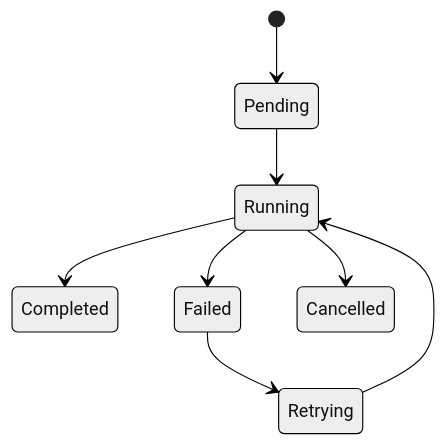
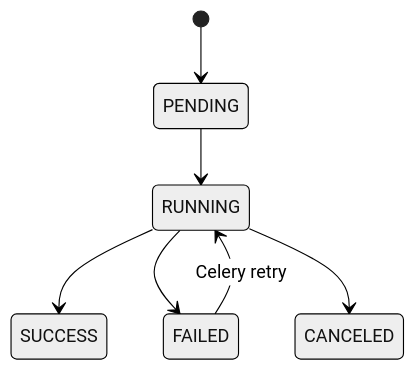
Diagram 28 of 30 in docs/architecture/Data-Model.md (InvictusRex/Ludexis), drawn with Mermaid (neutral theme) before and after one commit. The commit also changed other lines of this file and 7 other files, not shown here.

Commit message:
docs(architecture): align architecture docs, API guide, README and backlogs with the implementation

````diff
--- a/docs/architecture/Data-Model.md
+++ b/docs/architecture/Data-Model.md
@@ -1777,17 +1771,15 @@
 ```mermaid
 stateDiagram-v2
 
-    [*] --> Pending
+    [*] --> PENDING
 
-    Pending --> Running
+    PENDING --> RUNNING
 
-    Running --> Completed
+    RUNNING --> SUCCESS
 
-    Running --> Failed
+    RUNNING --> FAILED
 
-    Running --> Cancelled
+    RUNNING --> CANCELED
 
-    Failed --> Retrying
-
-    Retrying --> Running
+    FAILED --> RUNNING: Celery retry
 ```
````
